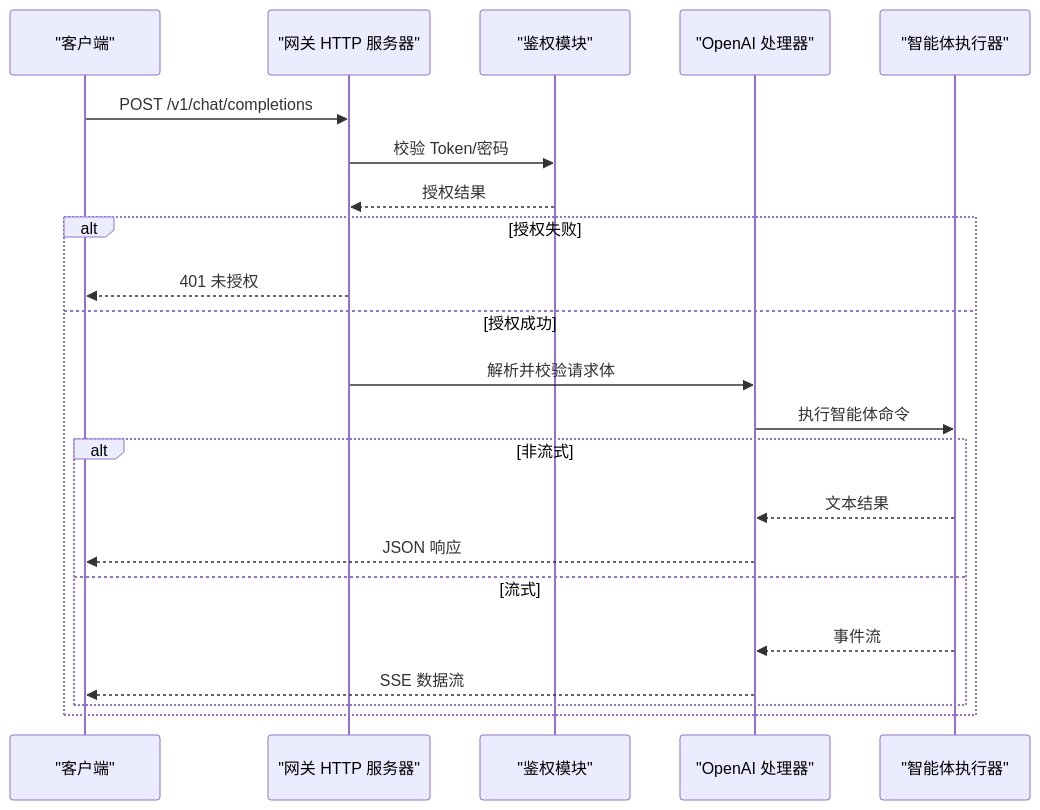
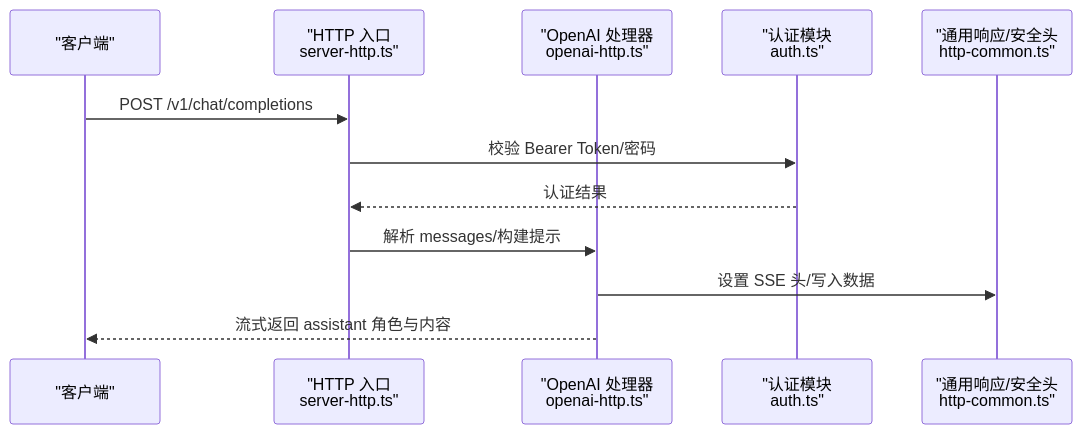
Before and after one commit to HACK-WU/openclaw: the fourth of 6 diagrams in .qoder/repowiki/zh/content/API参考/HTTP API.md, drawn with Mermaid. The commit also changed other lines of this file and 549 other files, not shown here.

````diff
--- a/.qoder/repowiki/zh/content/API参考/HTTP API.md
+++ b/.qoder/repowiki/zh/content/API参考/HTTP API.md
@@ -146,24 +308,14 @@
 ```mermaid
 sequenceDiagram
 participant Client as "客户端"
-participant Server as "网关 HTTP 服务器"
-participant Auth as "鉴权模块"
-participant OA as "OpenAI 处理器"
-participant Agent as "智能体执行器"
-Client->>Server : POST /v1/chat/completions
-Server->>Auth : 校验 Token/密码
-Auth-->>Server : 授权结果
-alt 授权失败
-Server-->>Client : 401 未授权
-else 授权成功
-Server->>OA : 解析并校验请求体
-OA->>Agent : 执行智能体命令
-alt 非流式
-Agent-->>OA : 文本结果
-OA-->>Client : JSON 响应
-else 流式
-Agent-->>OA : 事件流
-OA-->>Client : SSE 数据流
-end
-end
+participant HTTP as "HTTP 入口<br/>server-http.ts"
+participant OA as "OpenAI 处理器<br/>openai-http.ts"
+participant Auth as "认证模块<br/>auth.ts"
+participant Common as "通用响应/安全头<br/>http-common.ts"
+Client->>HTTP : POST /v1/chat/completions
+HTTP->>Auth : 校验 Bearer Token/密码
+Auth-->>HTTP : 认证结果
+HTTP->>OA : 解析 messages/构建提示
+OA->>Common : 设置 SSE 头/写入数据
+OA-->>Client : 流式返回 assistant 角色与内容
 ```
````
